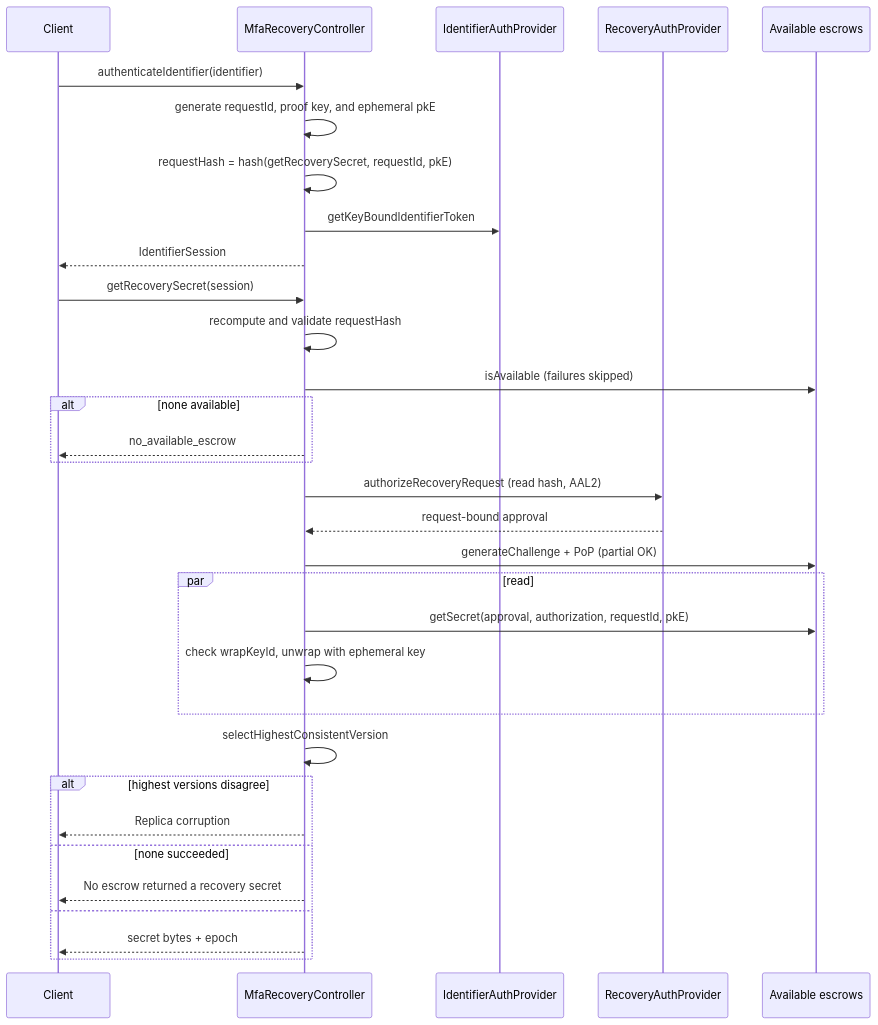
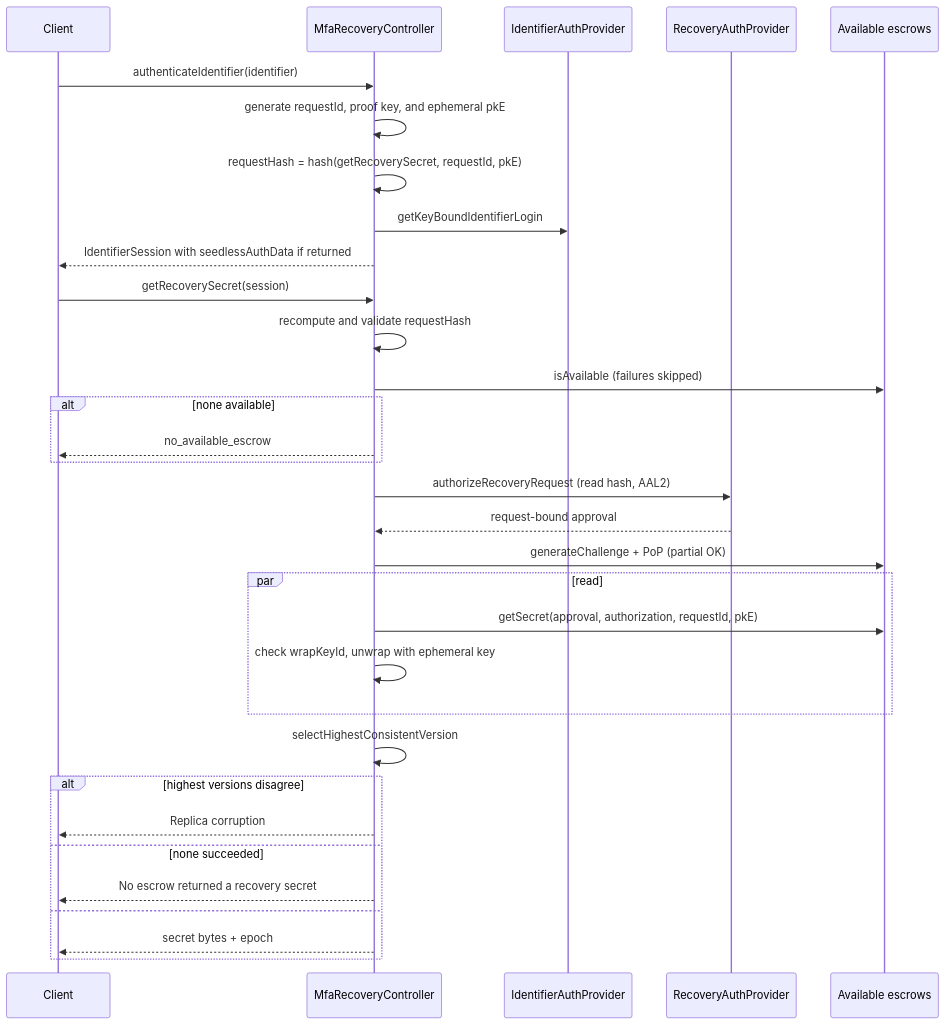
Before and after one commit to MetaMask/core: the fourth of 5 diagrams in packages/mfa-recovery-controller/ARCHITECTURE.md, drawn with Mermaid. The commit also changed other lines of this file and 22 other files, not shown here.

First line of the commit message:
feat: return seedless auth data from one identifier login (#11224)

````diff
--- a/packages/mfa-recovery-controller/ARCHITECTURE.md
+++ b/packages/mfa-recovery-controller/ARCHITECTURE.md
@@ -261,35 +261,35 @@
 ```mermaid
 sequenceDiagram
   participant C as Client
   participant M as MfaRecoveryController
   participant I as IdentifierAuthProvider
   participant A as RecoveryAuthProvider
   participant E as Available escrows
 
   C->>M: authenticateIdentifier(identifier)
   M->>M: generate requestId, proof key, and ephemeral pkE
   M->>M: requestHash = hash(getRecoverySecret, requestId, pkE)
-  M->>I: getKeyBoundIdentifierToken
-  M-->>C: IdentifierSession
+  M->>I: getKeyBoundIdentifierLogin
+  M-->>C: IdentifierSession with seedlessAuthData if returned
   C->>M: getRecoverySecret(session)
   M->>M: recompute and validate requestHash
   M->>E: isAvailable (failures skipped)
   alt none available
     M-->>C: no_available_escrow
   end
   M->>A: authorizeRecoveryRequest (read hash, AAL2)
   A-->>M: request-bound approval
   M->>E: generateChallenge + PoP (partial OK)
   par read
     M->>E: getSecret(approval, authorization, requestId, pkE)
     M->>M: check wrapKeyId, unwrap with ephemeral key
   end
   M->>M: selectHighestConsistentVersion
   alt highest versions disagree
     M-->>C: Replica corruption
   else none succeeded
     M-->>C: No escrow returned a recovery secret
   else
     M-->>C: secret bytes + epoch
   end
 ```
````
